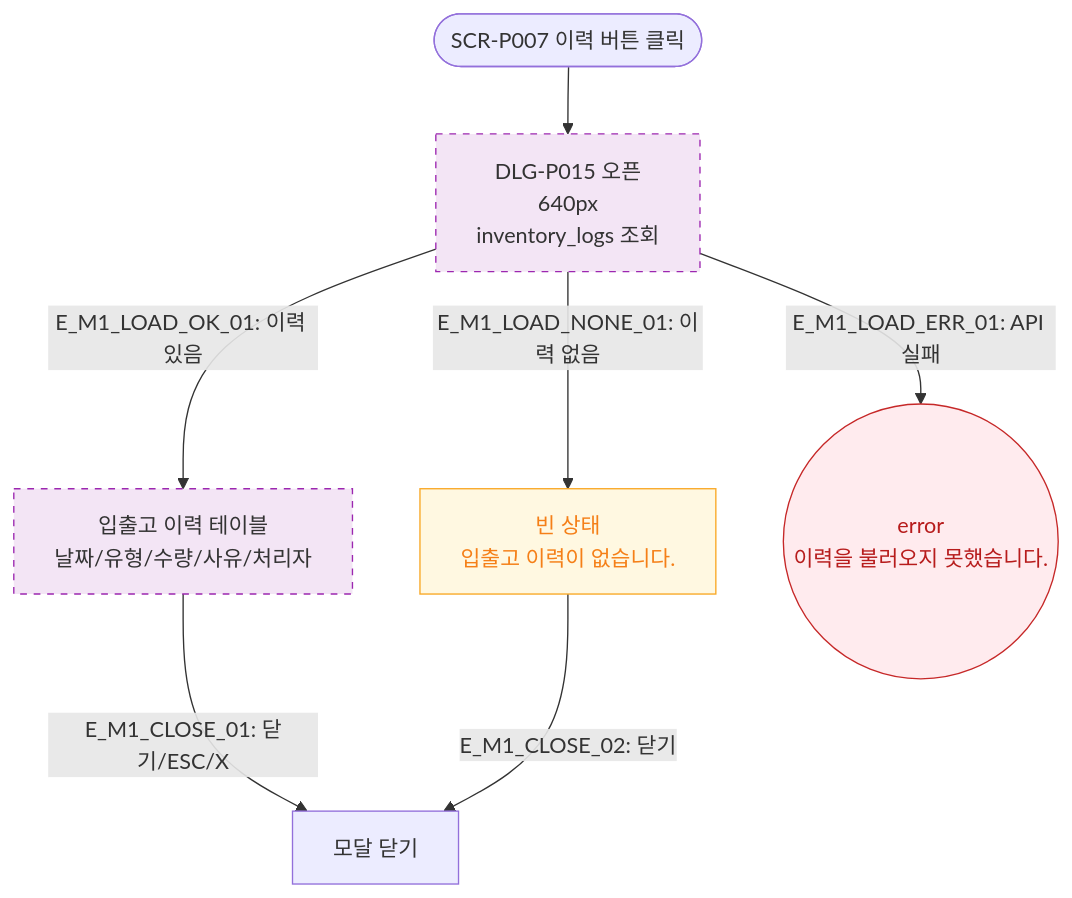
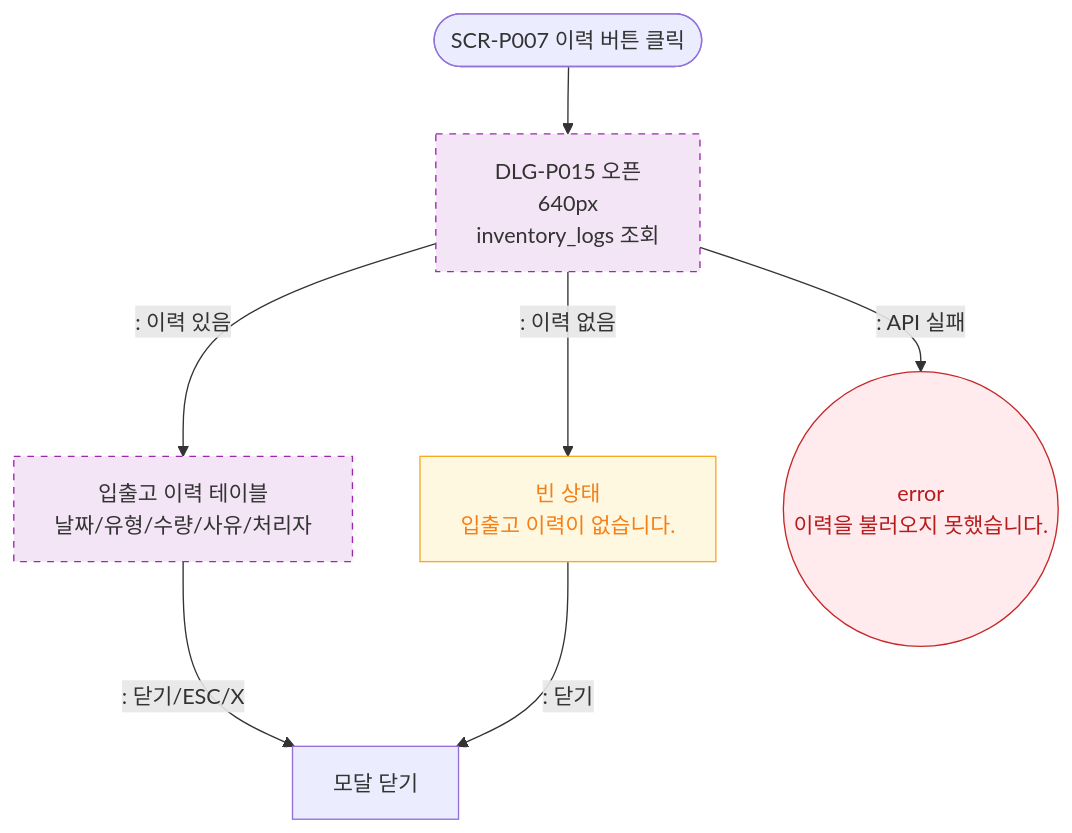
One commit to dev-spogym/admin-pando changed the diagram in docs/다이어그램/D05_상품관리/DLG/DLG-P015_입출고이력/M1_모달생명주기.md. Above: the diagram before and after it, drawn with Mermaid. The commit also changed other lines of this file and 1660 other files, not shown here.

First line of the commit message:
다이어그램: 기획자/클라이언트 납품본으로 정리

````diff
--- a/docs/다이어그램/D05_상품관리/DLG/DLG-P015_입출고이력/M1_모달생명주기.md
+++ b/docs/다이어그램/D05_상품관리/DLG/DLG-P015_입출고이력/M1_모달생명주기.md
@@ -16,17 +14,17 @@
 ```mermaid
 flowchart TD
     TRIGGER([SCR-P007 이력 버튼 클릭]) --> OpenModal[DLG-P015 오픈\n640px\ninventory_logs 조회]
-    OpenModal -->|"E_M1_LOAD_OK_01: 이력 있음"| ShowHistory[입출고 이력 테이블\n날짜/유형/수량/사유/처리자]
-    OpenModal -->|"E_M1_LOAD_NONE_01: 이력 없음"| EmptyHistory[빈 상태\n입출고 이력이 없습니다.]
-    OpenModal -->|"E_M1_LOAD_ERR_01: API 실패"| LoadErr((error\n이력을 불러오지 못했습니다.))
+    OpenModal -->|": 이력 있음"|ShowHistory[입출고 이력 테이블\n날짜/유형/수량/사유/처리자]
+    OpenModal -->|": 이력 없음"|EmptyHistory[빈 상태\n입출고 이력이 없습니다.]
+    OpenModal -->|": API 실패"|LoadErr((error\n이력을 불러오지 못했습니다.))
 
-    ShowHistory -->|"E_M1_CLOSE_01: 닫기/ESC/X"| Closed[모달 닫기]
-    EmptyHistory -->|"E_M1_CLOSE_02: 닫기"| Closed
+    ShowHistory -->|": 닫기/ESC/X"|Closed[모달 닫기]
+    EmptyHistory -->|": 닫기"|Closed
 
     classDef newFeature fill:#F3E5F5,stroke:#9C27B0,stroke-dasharray:5 5
     classDef warning fill:#FFF8E1,stroke:#F9A825,color:#F57F17
     classDef error fill:#FFEBEE,stroke:#C62828,color:#B71C1C
     class OpenModal,ShowHistory newFeature
     class EmptyHistory warning
     class LoadErr error
 ```
````
